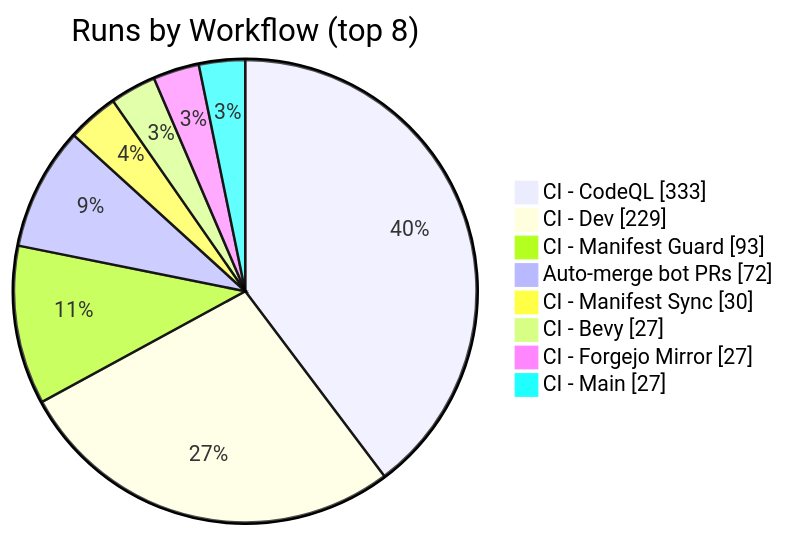
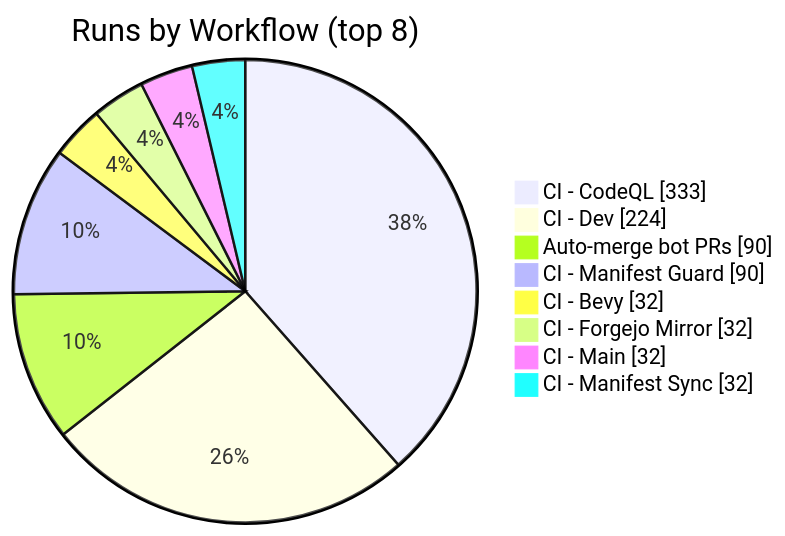
The second of 2 diagrams in apps/kbve/astro-kbve/src/content/docs/dashboard/ci-health.mdx (KBVE/kbve), drawn with Mermaid before and after one commit. The commit also changed other lines of this file and 1 other file, not shown here.

````diff
--- a/apps/kbve/astro-kbve/src/content/docs/dashboard/ci-health.mdx
+++ b/apps/kbve/astro-kbve/src/content/docs/dashboard/ci-health.mdx
@@ -201,12 +200,12 @@
 ```mermaid
 pie showData
     title Runs by Workflow (top 8)
     "CI - CodeQL" : 333
-    "CI - Dev" : 229
-    "CI - Manifest Guard" : 93
-    "Auto-merge bot PRs" : 72
-    "CI - Manifest Sync" : 30
-    "CI - Bevy" : 27
-    "CI - Forgejo Mirror" : 27
-    "CI - Main" : 27
+    "CI - Dev" : 224
+    "Auto-merge bot PRs" : 90
+    "CI - Manifest Guard" : 90
+    "CI - Bevy" : 32
+    "CI - Forgejo Mirror" : 32
+    "CI - Main" : 32
+    "CI - Manifest Sync" : 32
 ```
````
